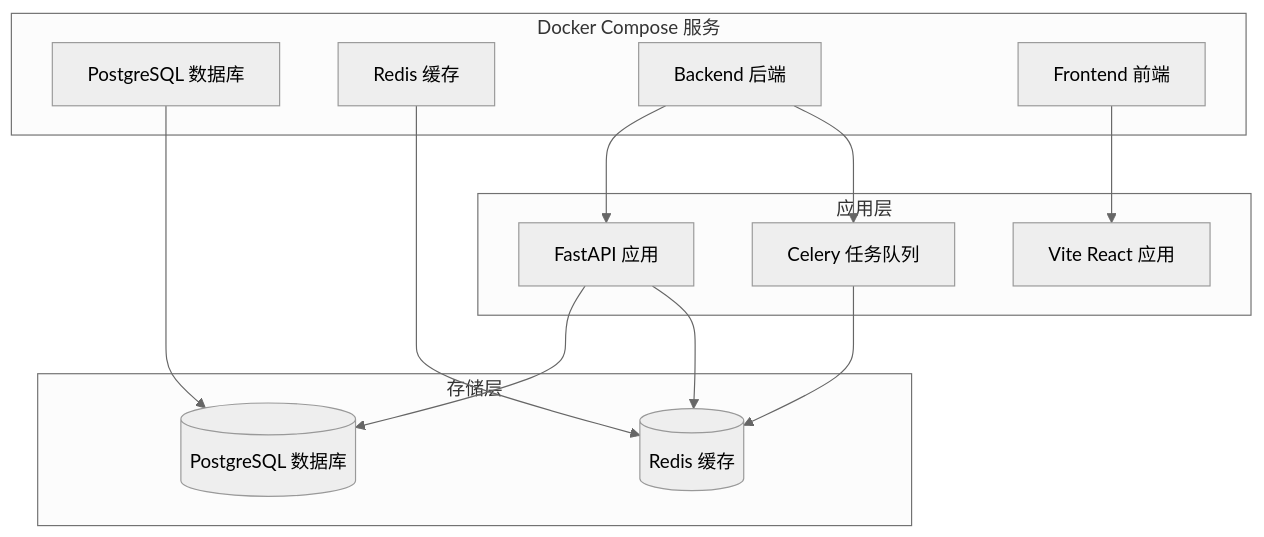
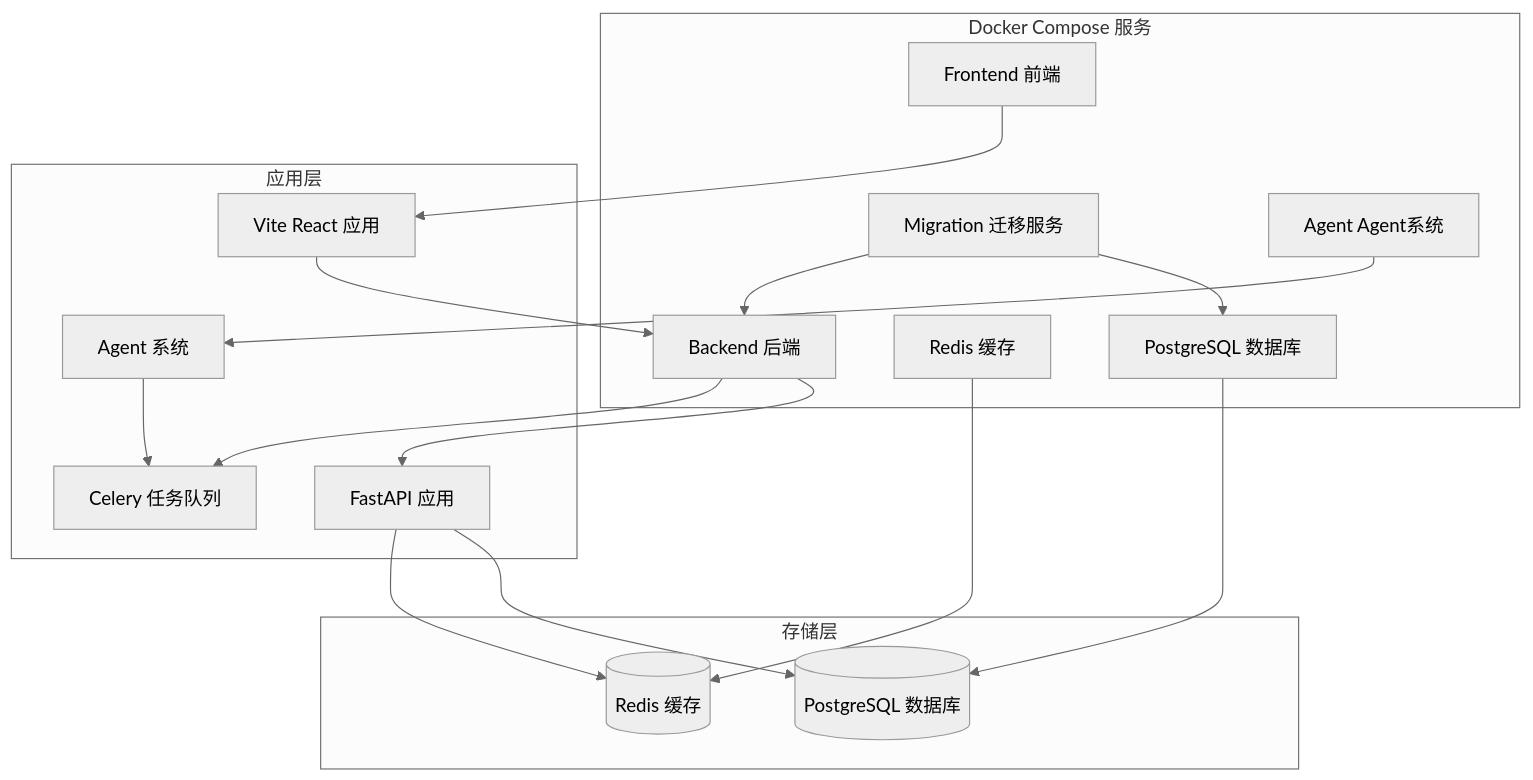
One commit to xfbyxq/ai-novel-system changed the first of 6 diagrams in .qoder/repowiki/zh/content/Docker Deployment.md. Above: the diagram before and after it, drawn with Mermaid (neutral theme). The commit also changed other lines of this file and 6 other files, not shown here.

First line of the commit message:
feat(architecture): 完善智能体系统核心组件与架构文档

````diff
--- a/.qoder/repowiki/zh/content/Docker Deployment.md
+++ b/.qoder/repowiki/zh/content/Docker Deployment.md
@@ -43,26 +65,33 @@
 ```mermaid
 graph TB
 subgraph "Docker Compose 服务"
 A[PostgreSQL 数据库]
 B[Redis 缓存]
 C[Backend 后端]
 D[Frontend 前端]
+E[Migration 迁移服务]
+F[Agent Agent系统]
 end
 subgraph "应用层"
-E[FastAPI 应用]
-F[Vite React 应用]
-G[Celery 任务队列]
+G[FastAPI 应用]
+H[Vite React 应用]
+I[Celery 任务队列]
+J[Agent 系统]
 end
 subgraph "存储层"
-H[(PostgreSQL 数据库)]
-I[(Redis 缓存)]
+K[(PostgreSQL 数据库)]
+L[(Redis 缓存)]
 end
-A --> H
-B --> I
-C --> E
-D --> F
+A --> K
+B --> L
 C --> G
-E --> H
-E --> I
-G --> I
+D --> H
+C --> I
+F --> J
+E --> A
+E --> C
+G --> K
+G --> L
+H --> C
+J --> I
 ```
````
